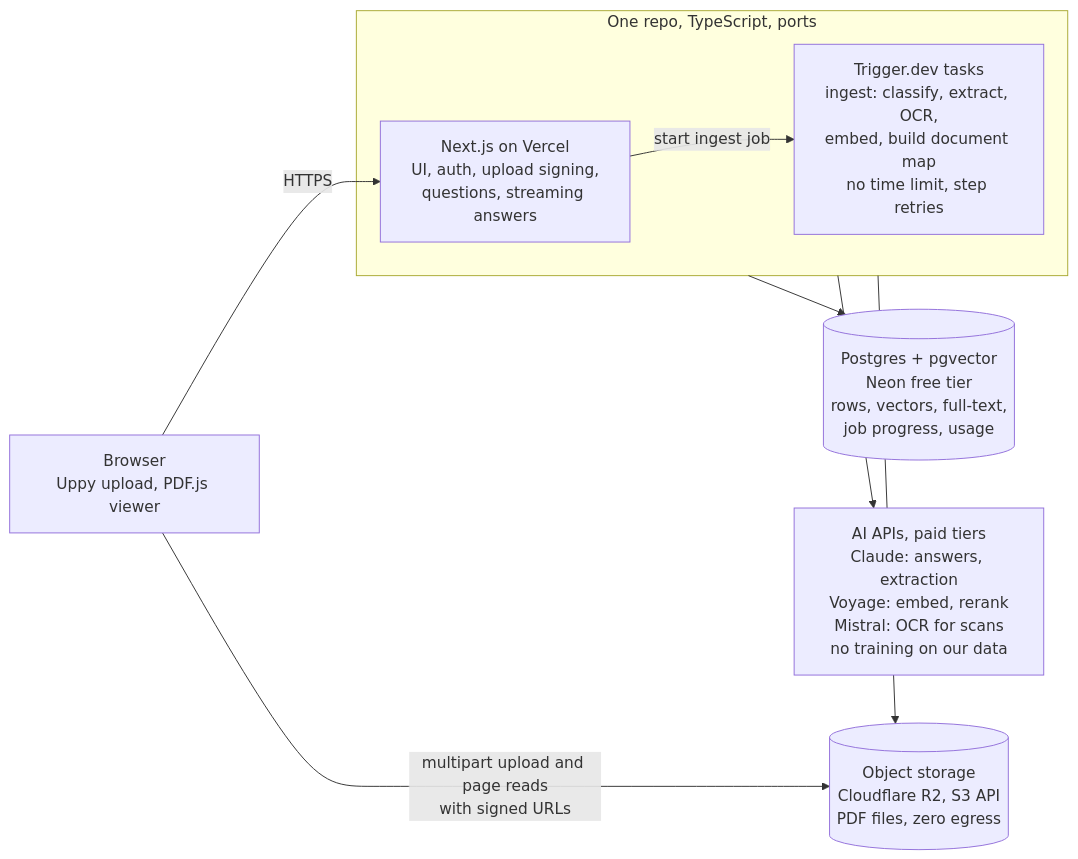
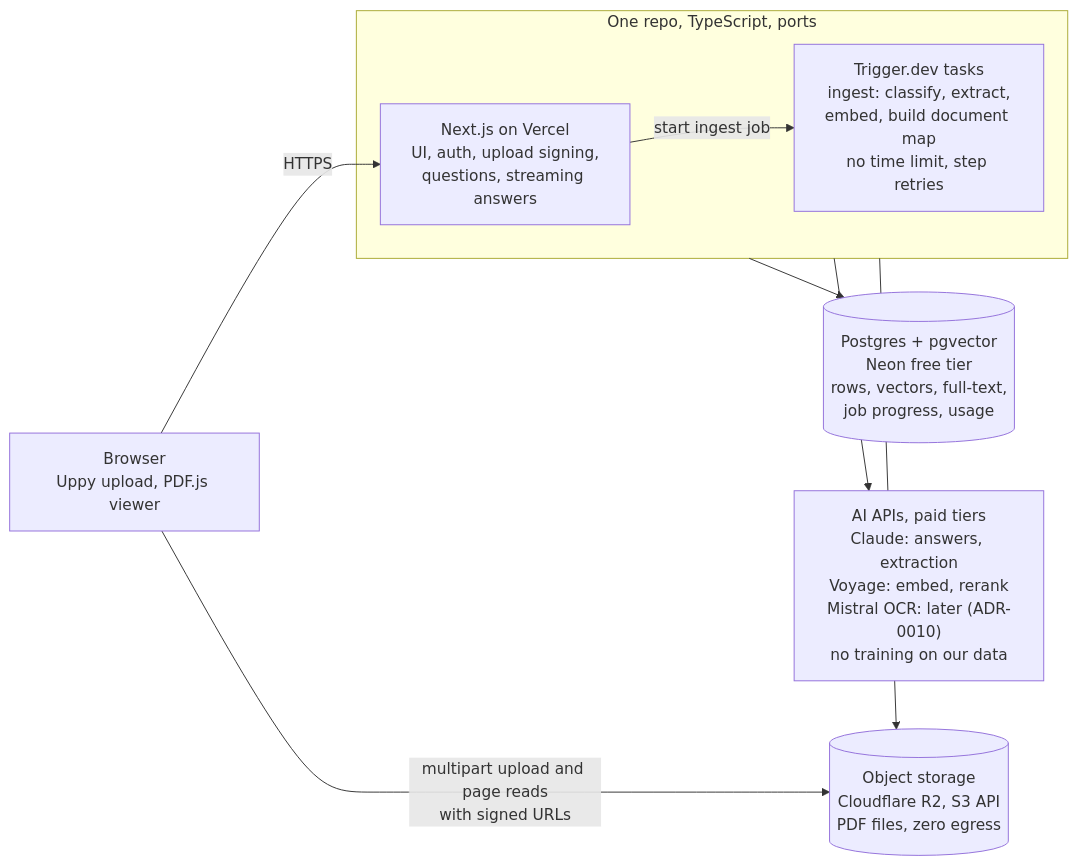
The first of 2 diagrams in docs/prd-mvp.md (cleitonbalonekr/consta), drawn with Mermaid before and after one commit. The commit also changed other lines of this file and 22 other files, not shown here.

````diff
--- a/docs/prd-mvp.md
+++ b/docs/prd-mvp.md
@@ -111,17 +111,17 @@
 ```mermaid
 flowchart LR
   B["Browser<br/>Uppy upload, PDF.js viewer"]
   subgraph Repo["One repo, TypeScript, ports"]
     N["Next.js on Vercel<br/>UI, auth, upload signing,<br/>questions, streaming answers"]
-    T["Trigger.dev tasks<br/>ingest: classify, extract, OCR,<br/>embed, build document map<br/>no time limit, step retries"]
+    T["Trigger.dev tasks<br/>ingest: classify, extract,<br/>embed, build document map<br/>no time limit, step retries"]
     N -->|start ingest job| T
   end
   PG[("Postgres + pgvector<br/>Neon free tier<br/>rows, vectors, full-text,<br/>job progress, usage")]
-  AI["AI APIs, paid tiers<br/>Claude: answers, extraction<br/>Voyage: embed, rerank<br/>Mistral: OCR for scans<br/>no training on our data"]
+  AI["AI APIs, paid tiers<br/>Claude: answers, extraction<br/>Voyage: embed, rerank<br/>Mistral OCR: later (ADR-0010)<br/>no training on our data"]
   R2[("Object storage<br/>Cloudflare R2, S3 API<br/>PDF files, zero egress")]
   B -->|HTTPS| N
   Repo --> PG
   Repo --> AI
   Repo --> R2
   B -->|"multipart upload and page reads<br/>with signed URLs"| R2
 ```
````
